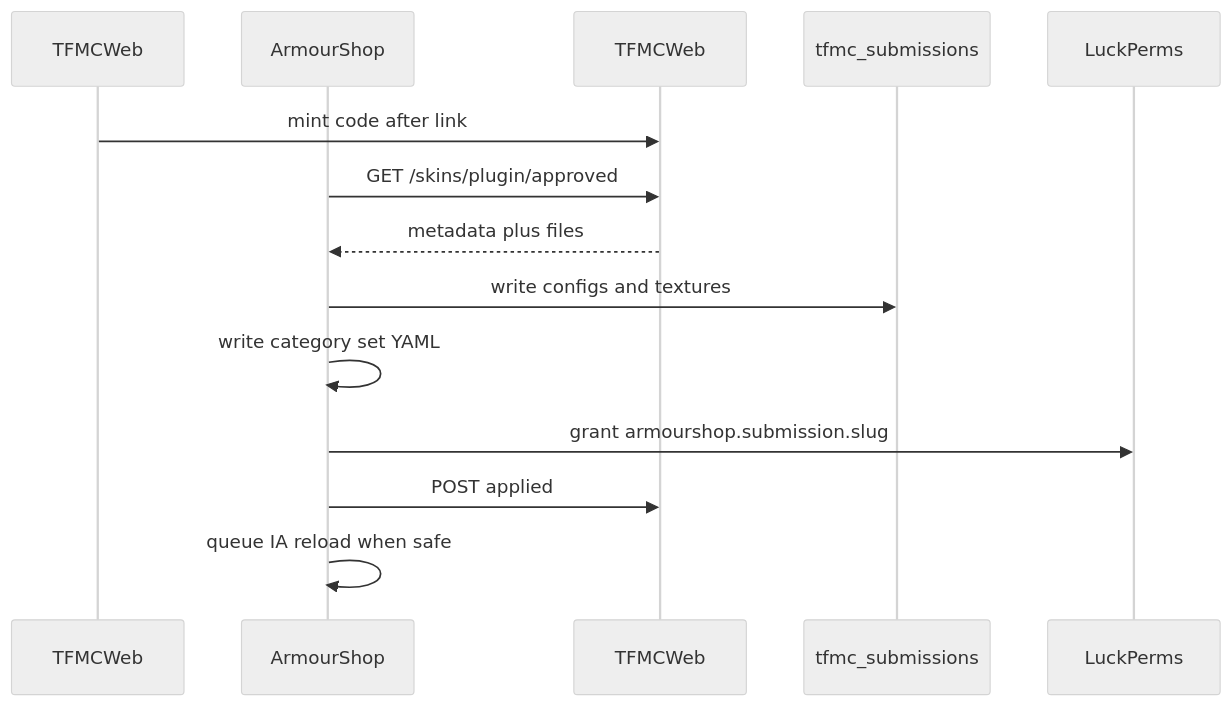
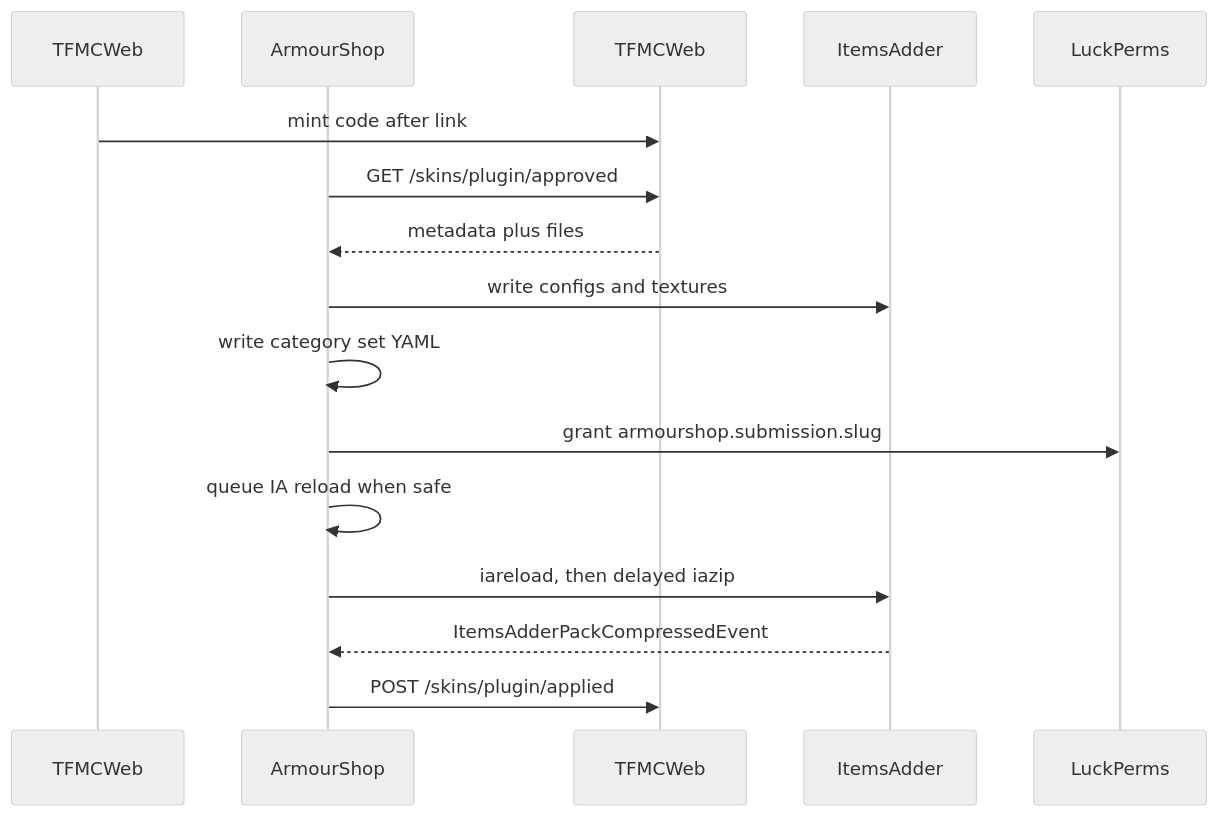
Before and after one commit to TF-Minecraft/ProvinceSystem: the diagram in docs/docs/integrations/armourshop.md, drawn with Mermaid (neutral theme). The commit also changed other lines of this file and 6 other files, not shown here.

````diff
--- a/docs/docs/integrations/armourshop.md
+++ b/docs/docs/integrations/armourshop.md
@@ -40,17 +40,19 @@
 ```mermaid
 sequenceDiagram
   participant TW as TFMCWeb
   participant AS as ArmourShop
   participant API as TFMCWeb
-  participant IA as tfmc_submissions
+  participant IA as ItemsAdder
   participant LP as LuckPerms
 
   TW->>API: mint code after link
   AS->>API: GET /skins/plugin/approved
   API-->>AS: metadata plus files
   AS->>IA: write configs and textures
   AS->>AS: write category set YAML
   AS->>LP: grant armourshop.submission.slug
-  AS->>API: POST applied
   AS->>AS: queue IA reload when safe
+  AS->>IA: iareload, then delayed iazip
+  IA-->>AS: ItemsAdderPackCompressedEvent
+  AS->>API: POST /skins/plugin/applied
 ```
````
